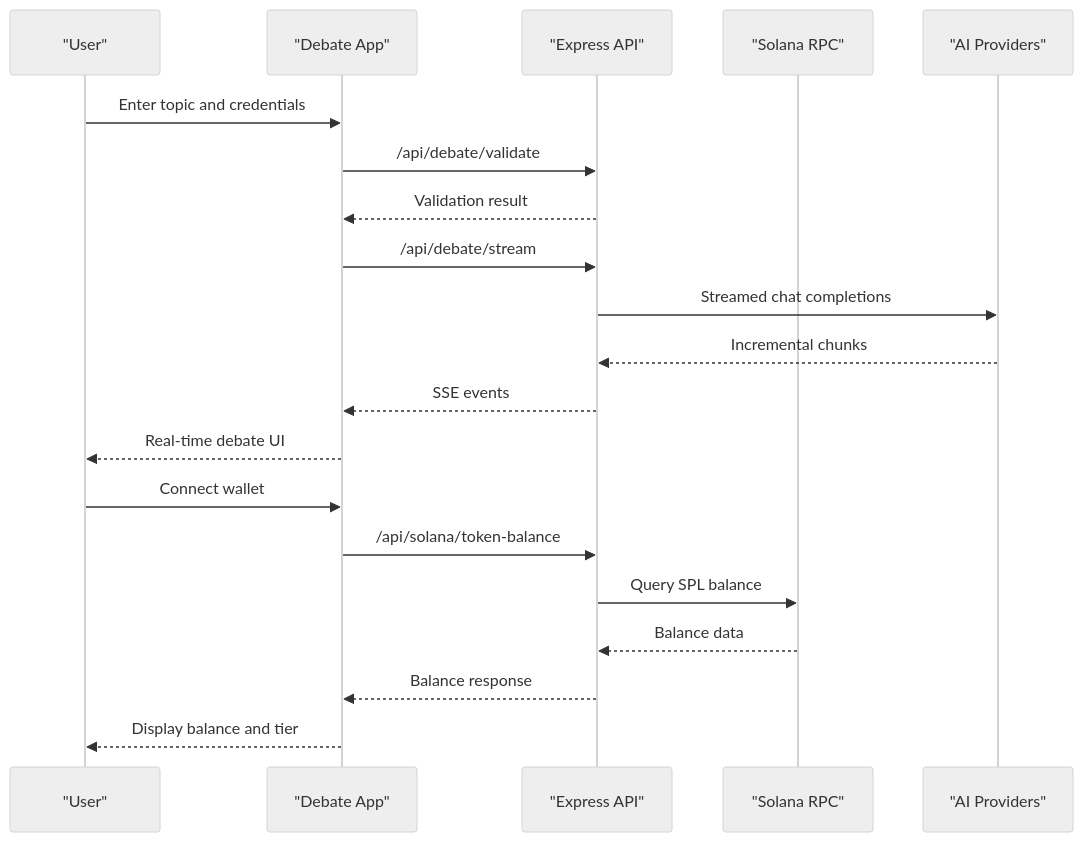
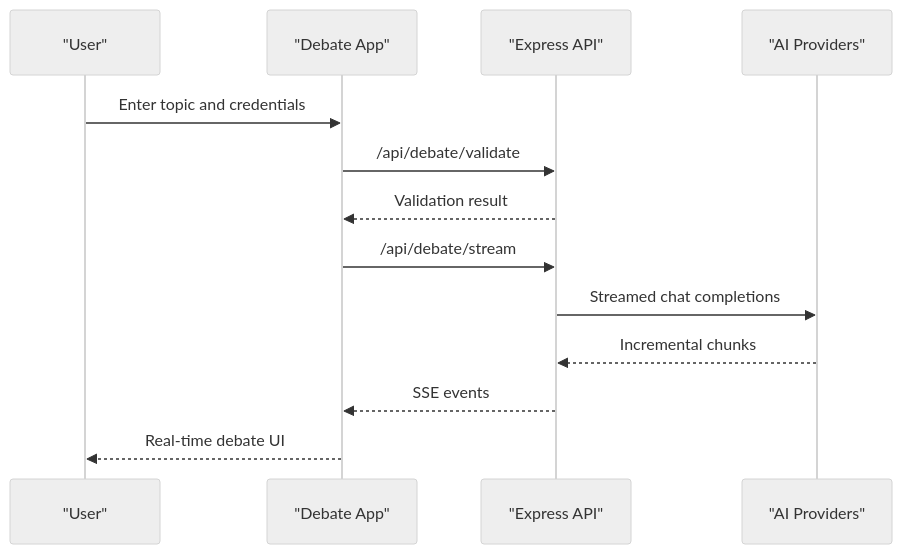
Before and after one commit to RunTimeAdmin/tri-ai: the ninth of 10 diagrams in .qoder/repowiki/en/content/System Architecture/System Architecture.md, drawn with Mermaid (neutral theme). The commit also changed other lines of this file and 46 other files, not shown here.

````diff
--- a/.qoder/repowiki/en/content/System Architecture/System Architecture.md
+++ b/.qoder/repowiki/en/content/System Architecture/System Architecture.md
@@ -432,22 +369,15 @@
 ```mermaid
 sequenceDiagram
 participant User as "User"
 participant App as "Debate App"
 participant API as "Express API"
-participant Solana as "Solana RPC"
 participant Providers as "AI Providers"
 User->>App : Enter topic and credentials
 App->>API : /api/debate/validate
 API-->>App : Validation result
 App->>API : /api/debate/stream
 API->>Providers : Streamed chat completions
 Providers-->>API : Incremental chunks
 API-->>App : SSE events
 App-->>User : Real-time debate UI
-User->>App : Connect wallet
-App->>API : /api/solana/token-balance
-API->>Solana : Query SPL balance
-Solana-->>API : Balance data
-API-->>App : Balance response
-App-->>User : Display balance and tier
 ```
````
